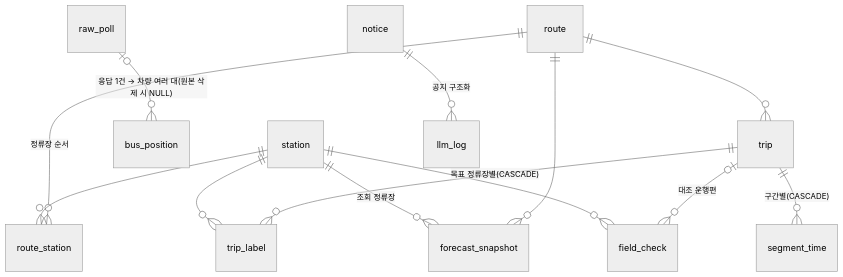
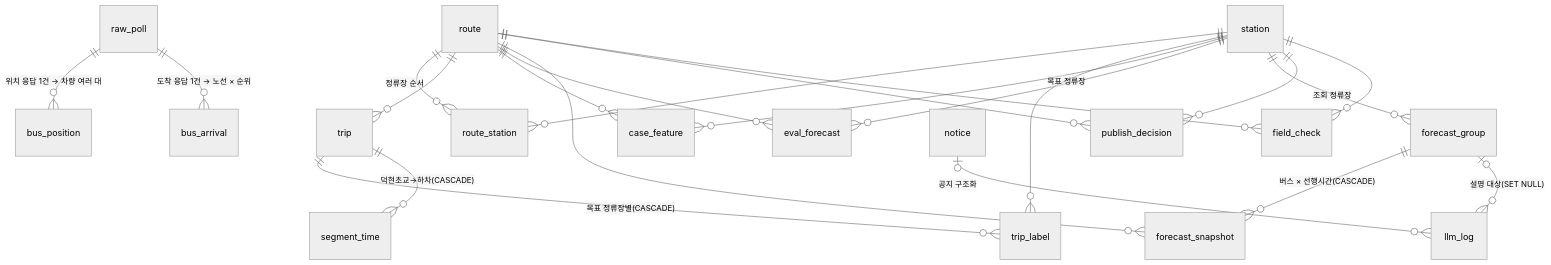
Before and after one commit to jinseojang0903/yangju-bus-forecast: the diagram in docs/db-schema.md, drawn with Mermaid (neutral theme). The commit also changed other lines of this file and 3 other files, not shown here.

````diff
--- a/docs/db-schema.md
+++ b/docs/db-schema.md
@@ -30,15 +80,24 @@
 ```mermaid
 erDiagram
     route ||--o{ route_station : "정류장 순서"
     station ||--o{ route_station : ""
-    raw_poll |o--o{ bus_position : "응답 1건 → 차량 여러 대(원본 삭제 시 NULL)"
+    raw_poll ||--o{ bus_position : "위치 응답 1건 → 차량 여러 대"
+    raw_poll ||--o{ bus_arrival : "도착 응답 1건 → 노선 × 순위"
     route ||--o{ trip : ""
     trip ||--o{ trip_label : "목표 정류장별(CASCADE)"
     station ||--o{ trip_label : ""
-    trip ||--o{ segment_time : "구간별(CASCADE)"
+    trip ||--o{ segment_time : "덕현초교→하차(CASCADE)"
+    route ||--o{ case_feature : ""
+    station ||--o{ case_feature : "목표 정류장"
+    route ||--o{ eval_forecast : ""
+    station ||--o{ eval_forecast : ""
+    station ||--o{ forecast_group : "조회 정류장"
+    forecast_group ||--o{ forecast_snapshot : "버스 × 선행시간(CASCADE)"
     route ||--o{ forecast_snapshot : ""
-    station ||--o{ forecast_snapshot : "조회 정류장"
-    notice ||--o{ llm_log : "공지 구조화"
-    trip |o--o{ field_check : "대조 운행편"
+    forecast_group |o--o{ llm_log : "설명 대상(SET NULL)"
+    notice |o--o{ llm_log : "공지 구조화"
+    route ||--o{ publish_decision : ""
+    station ||--o{ publish_decision : ""
     station ||--o{ field_check : ""
+    route ||--o{ field_check : ""
 ```
````
